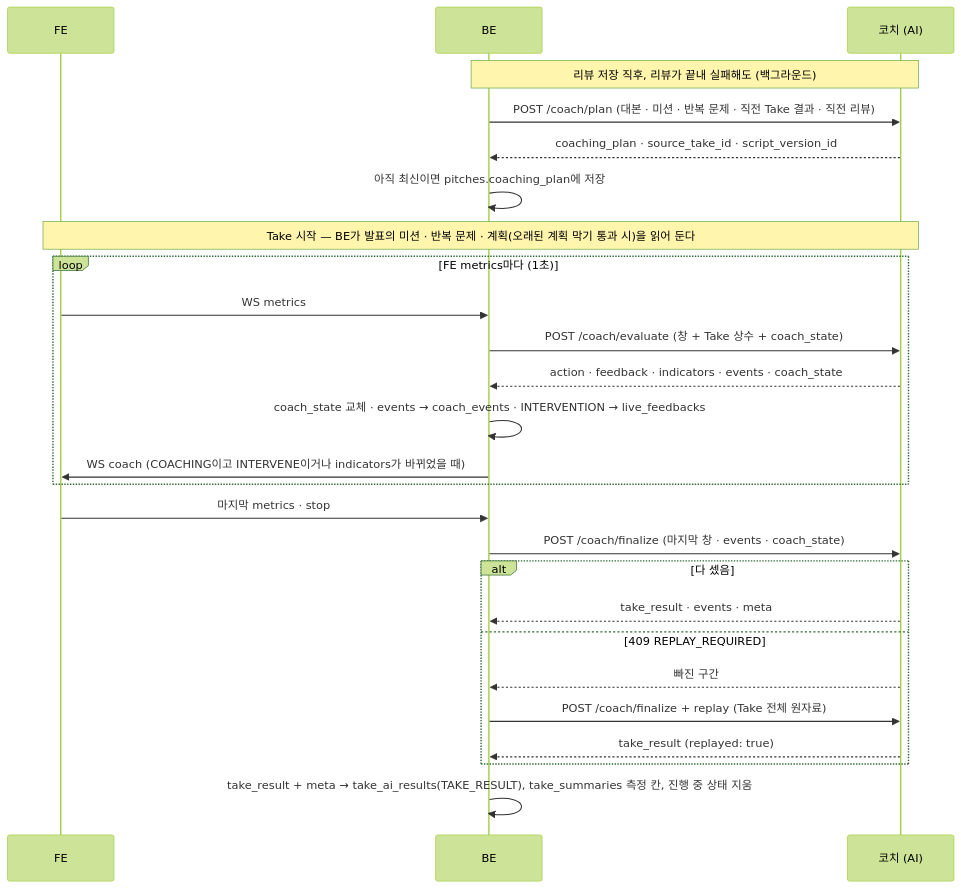
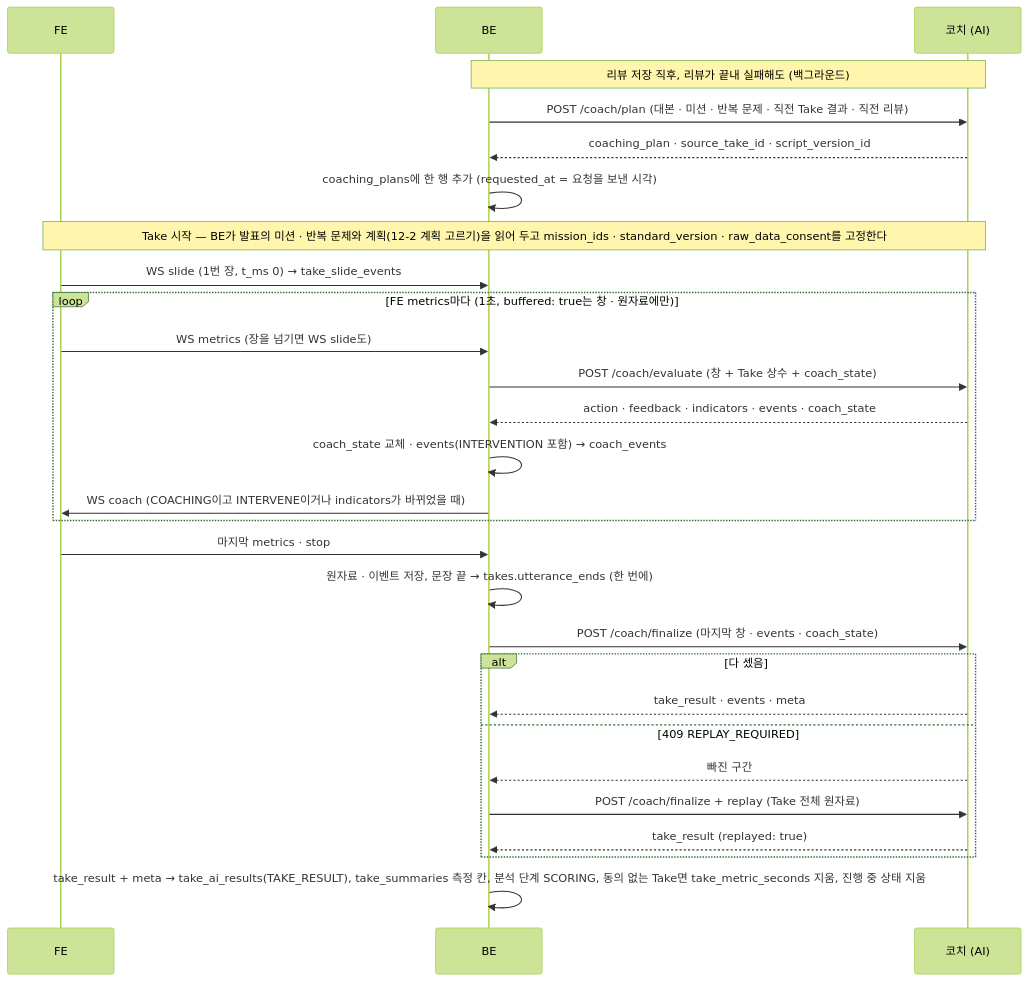
Before and after one commit to kakaotechcampus-4/ktc4-pusan-2: the second of 2 diagrams in docs/ai/features/coach-agent.md, drawn with Mermaid (forest theme). The commit also changed other lines of this file, not shown here.

````diff
--- a/docs/ai/features/coach-agent.md
+++ b/docs/ai/features/coach-agent.md
@@ -657,28 +660,30 @@
 ```mermaid
 sequenceDiagram
     participant FE
     participant BE
     participant C as 코치 (AI)
     Note over BE,C: 리뷰 저장 직후, 리뷰가 끝내 실패해도 (백그라운드)
     BE->>C: POST /coach/plan (대본 · 미션 · 반복 문제 · 직전 Take 결과 · 직전 리뷰)
     C-->>BE: coaching_plan · source_take_id · script_version_id
-    BE->>BE: 아직 최신이면 pitches.coaching_plan에 저장
-    Note over FE,C: Take 시작 — BE가 발표의 미션 · 반복 문제 · 계획(오래된 계획 막기 통과 시)을 읽어 둔다
-    loop FE metrics마다 (1초)
-        FE->>BE: WS metrics
+    BE->>BE: coaching_plans에 한 행 추가 (requested_at = 요청을 보낸 시각)
+    Note over FE,C: Take 시작 — BE가 발표의 미션 · 반복 문제와 계획(12-2 계획 고르기)을 읽어 두고 mission_ids · standard_version · raw_data_consent를 고정한다
+    FE->>BE: WS slide (1번 장, t_ms 0) → take_slide_events
+    loop FE metrics마다 (1초, buffered: true는 창 · 원자료에만)
+        FE->>BE: WS metrics (장을 넘기면 WS slide도)
         BE->>C: POST /coach/evaluate (창 + Take 상수 + coach_state)
         C-->>BE: action · feedback · indicators · events · coach_state
-        BE->>BE: coach_state 교체 · events → coach_events · INTERVENTION → live_feedbacks
+        BE->>BE: coach_state 교체 · events(INTERVENTION 포함) → coach_events
         BE->>FE: WS coach (COACHING이고 INTERVENE이거나 indicators가 바뀌었을 때)
     end
     FE->>BE: 마지막 metrics · stop
+    BE->>BE: 원자료 · 이벤트 저장, 문장 끝 → takes.utterance_ends (한 번에)
     BE->>C: POST /coach/finalize (마지막 창 · events · coach_state)
     alt 다 셌음
         C-->>BE: take_result · events · meta
     else 409 REPLAY_REQUIRED
         C-->>BE: 빠진 구간
         BE->>C: POST /coach/finalize + replay (Take 전체 원자료)
         C-->>BE: take_result (replayed: true)
     end
-    BE->>BE: take_result + meta → take_ai_results(TAKE_RESULT), take_summaries 측정 칸, 진행 중 상태 지움
+    BE->>BE: take_result + meta → take_ai_results(TAKE_RESULT), take_summaries 측정 칸, 분석 단계 SCORING, 동의 없는 Take면 take_metric_seconds 지움, 진행 중 상태 지움
 ```
````
